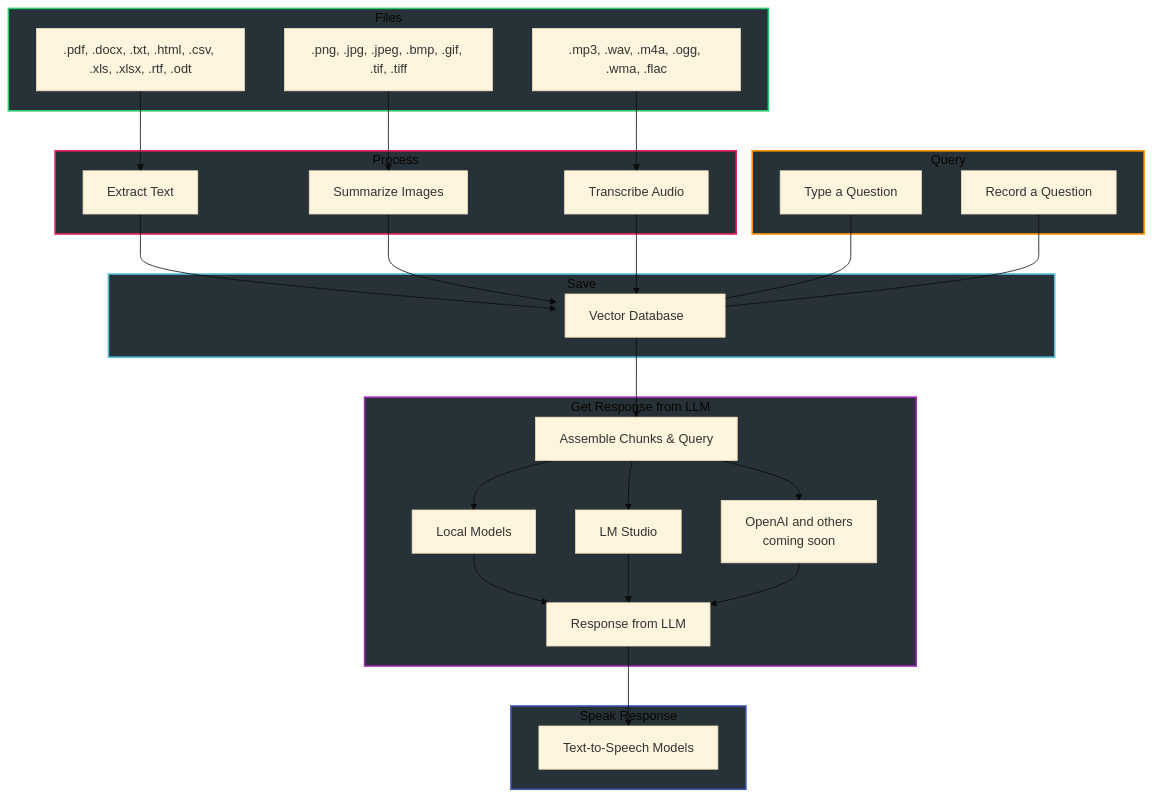
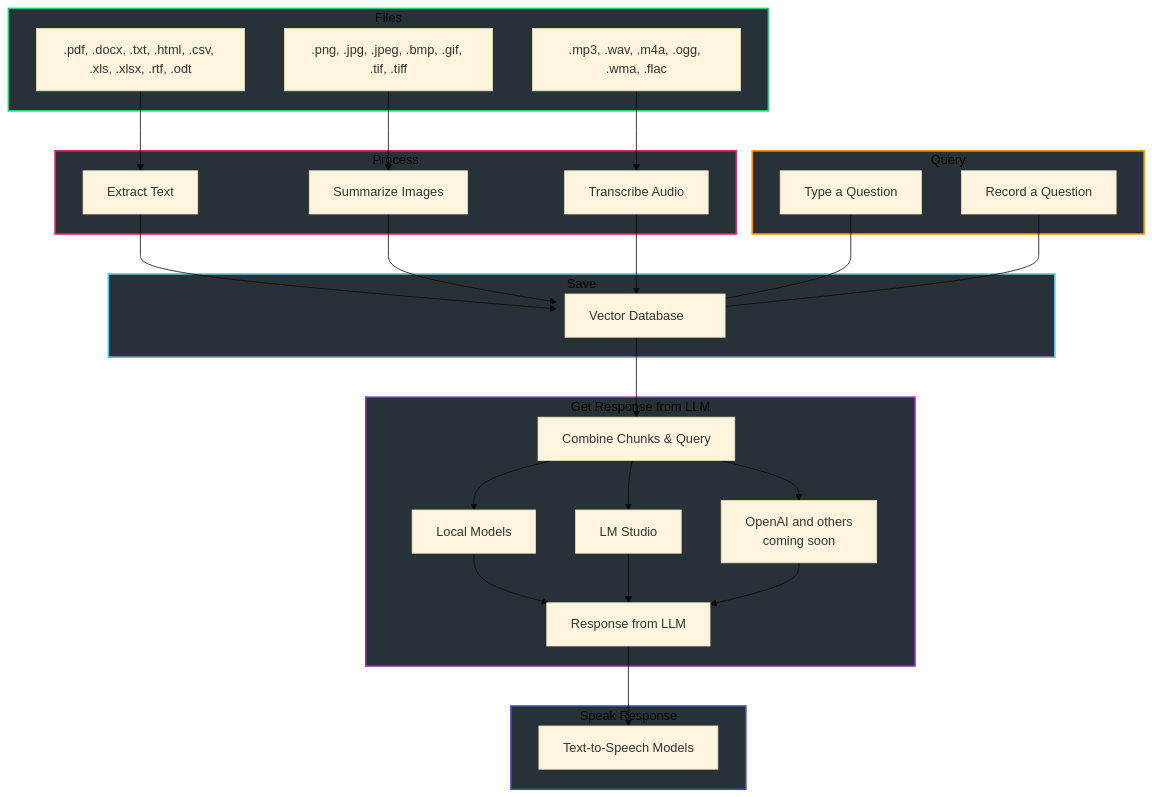
One commit to BBC-Esq/VectorDB-Plugin-for-LM-Studio changed the diagram in README.md. Above: the diagram before and after it, drawn with Mermaid (base theme).

````diff
--- a/README.md
+++ b/README.md
@@ -18,78 +18,78 @@
 ```mermaid
 graph TD
     %% Define Classes
     classDef inputStyle fill:#263238,stroke:#2ecc71,stroke-width:2px;
     classDef processStyle fill:#263238,stroke:#e91e63,stroke-width:2px;
     classDef outputStyle fill:#263238,stroke:#5bc0de,stroke-width:2px;
     classDef searchStyle fill:#263238,stroke:#ff9800,stroke-width:2px;
     classDef llmStyle fill:#263238,stroke:#9c27b0,stroke-width:2px;
     classDef ttsStyle fill:#263238,stroke:#3f51b5,stroke-width:2px;
     classDef minWidth width:200px;
 
     %% Input Files
     subgraph InputFiles [Files]
         A[.pdf, .docx, .txt, .html, .csv, .xls, .xlsx, .rtf, .odt]
         B[.png, .jpg, .jpeg, .bmp, .gif, .tif, .tiff]
         C[.mp3, .wav, .m4a, .ogg, .wma, .flac]
     end
     class InputFiles inputStyle;
 
     %% Processing
     subgraph Processing [Process]
         D[Extract Text]
         E[Summarize Images]
         F[Transcribe Audio]
     end
     class Processing processStyle;
 
     %% Output
     subgraph Output [Save]
         G[Vector Database]:::minWidth
     end
     class Output outputStyle;
 
     %% Search
     subgraph Search [Query]
         H[Type a Question]
         I[Record a Question]
     end
     class Search searchStyle;
 
     %% LLM
     subgraph LLM [Get Response from LLM]
-        J[Assemble Chunks & Query]
+        J[Combine Chunks & Query]
         K1[Local Models]
         K2[LM Studio]
         K3[OpenAI and others<br/>coming soon]
         K[Response from LLM]
         K1 --> K
         K2 --> K
         K3 --> K
     end
     class LLM llmStyle;
 
     %% TTS
     subgraph TTS [Speak Response]
         L[Text-to-Speech Models]
     end
     class TTS ttsStyle;
 
     %% Connections
     A --> D
     B --> E
     C --> F
 
     D --> G
     E --> G
     F --> G
 
     H --> G
     I --> G
 
     G --> J
     J --> K1
     J --> K2
     J --> K3
     K --> L
 
 ```
````
